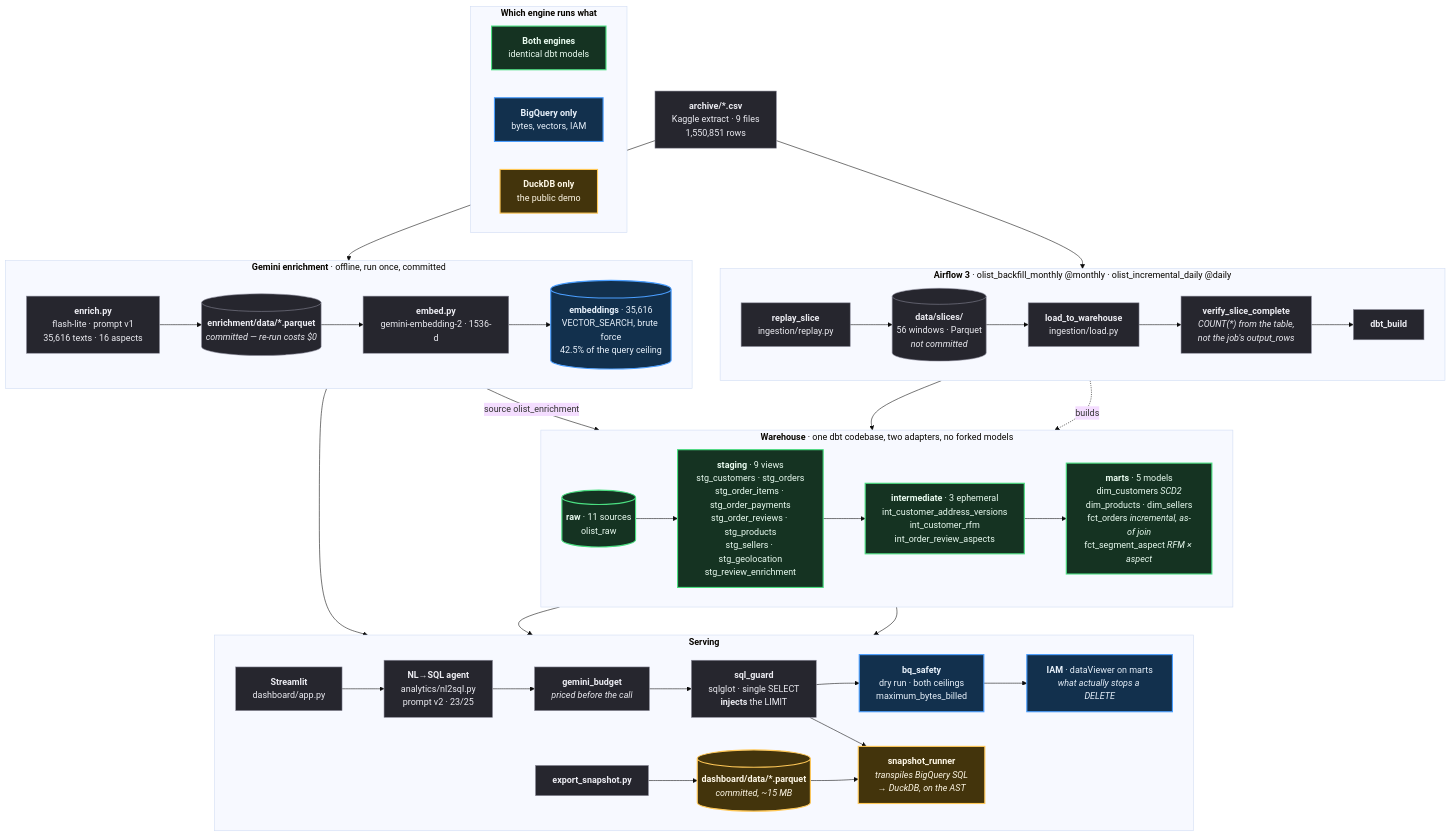
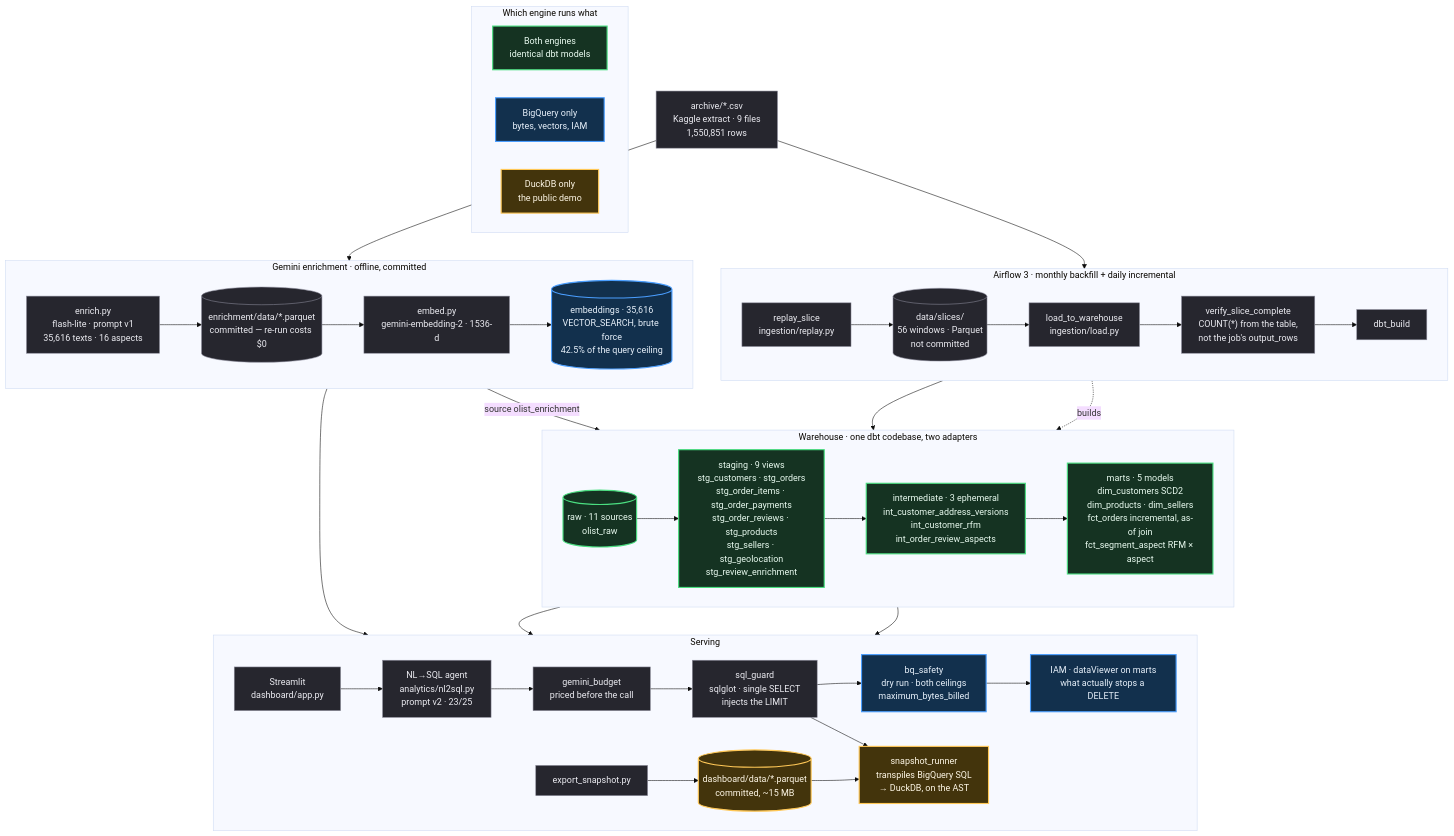
The diagram in docs/architecture.mmd (sardorbek-suyunov/olist-customer-intelligence), drawn with Mermaid (base theme) before and after one commit. The commit also changed 2 other files, not shown here.

```diff
--- a/docs/architecture.mmd
+++ b/docs/architecture.mmd
@@ -1,102 +1,102 @@
 %% Olist Customer Intelligence -- architecture.
 
 %% THIS FILE IS THE SOURCE OF TRUTH FOR THE DIAGRAM.
 
 %% docs/img/architecture.svg is RENDERED from it by `make diagram`. If the two
 %% disagree, this one is right and the image is stale -- change this file first.
 
 %% Every dbt model and dataset named below is asserted to exist in the dbt
 %% manifest by analytics/tests/test_architecture_diagram.py, which runs in CI.
 %% A model renamed or dropped fails the build rather than leaving a picture
 %% quietly describing a pipeline that no longer exists. That check, and the fact
 %% that the image is generated from this file rather than drawn beside it, are
 %% the only reasons an image artifact is allowed in this repository.
 
 %% Detail belongs in the README, not in a node label. A diagram that tries to
 %% state every figure becomes a tall column of paragraphs nobody reads, which is
 %% what the first version of this was.
 
 %% NOTE: a line that is exactly "%%" breaks mermaid's comment stripper -- it eats
 %% the newline and glues the next line onto the marker. Leave blank lines blank.
 
 flowchart TB
 
-  CSV["<b>archive/*.csv</b><br/>Kaggle extract · 9 files<br/>1,550,851 rows"]
+  CSV["archive/*.csv<br/>Kaggle extract · 9 files<br/>1,550,851 rows"]
 
-  subgraph AF["<b>Airflow 3</b> · olist_backfill_monthly @monthly · olist_incremental_daily @daily"]
+  subgraph AF["Airflow 3 · monthly backfill + daily incremental"]
     direction LR
-    REPLAY["<b>replay_slice</b><br/>ingestion/replay.py"]
-    SLICES[("<b>data/slices/</b><br/>56 windows · Parquet<br/><i>not committed</i>")]
-    LOAD["<b>load_to_warehouse</b><br/>ingestion/load.py"]
-    VERIFY["<b>verify_slice_complete</b><br/><i>COUNT(*) from the table,<br/>not the job's output_rows</i>"]
-    DBTRUN["<b>dbt_build</b>"]
+    REPLAY["replay_slice<br/>ingestion/replay.py"]
+    SLICES[("data/slices/<br/>56 windows · Parquet<br/>not committed")]
+    LOAD["load_to_warehouse<br/>ingestion/load.py"]
+    VERIFY["verify_slice_complete<br/>COUNT(*) from the table,<br/>not the job's output_rows"]
+    DBTRUN["dbt_build"]
 
     REPLAY --> SLICES --> LOAD --> VERIFY --> DBTRUN
   end
 
-  subgraph WH["<b>Warehouse</b> · one dbt codebase, two adapters, no forked models"]
+  subgraph WH["Warehouse · one dbt codebase, two adapters"]
     direction LR
-    RAW[("<b>raw</b> · 11 sources<br/>olist_raw")]
-    STG["<b>staging</b> · 9 views<br/>stg_customers · stg_orders<br/>stg_order_items · stg_order_payments<br/>stg_order_reviews · stg_products<br/>stg_sellers · stg_geolocation<br/>stg_review_enrichment"]
-    INT["<b>intermediate</b> · 3 ephemeral<br/>int_customer_address_versions<br/>int_customer_rfm<br/>int_order_review_aspects"]
-    MARTS["<b>marts</b> · 5 models<br/>dim_customers <i>SCD2</i><br/>dim_products · dim_sellers<br/>fct_orders <i>incremental, as-of join</i><br/>fct_segment_aspect <i>RFM × aspect</i>"]
+    RAW[("raw · 11 sources<br/>olist_raw")]
+    STG["staging · 9 views<br/>stg_customers · stg_orders<br/>stg_order_items · stg_order_payments<br/>stg_order_reviews · stg_products<br/>stg_sellers · stg_geolocation<br/>stg_review_enrichment"]
+    INT["intermediate · 3 ephemeral<br/>int_customer_address_versions<br/>int_customer_rfm<br/>int_order_review_aspects"]
+    MARTS["marts · 5 models<br/>dim_customers SCD2<br/>dim_products · dim_sellers<br/>fct_orders incremental, as-of join<br/>fct_segment_aspect RFM × aspect"]
 
     RAW --> STG --> INT --> MARTS
   end
 
-  subgraph ENR["<b>Gemini enrichment</b> · offline, run once, committed"]
+  subgraph ENR["Gemini enrichment · offline, committed"]
     direction LR
-    LABEL["<b>enrich.py</b><br/>flash-lite · prompt v1<br/>35,616 texts · 16 aspects"]
-    LABELS[("<b>enrichment/data/*.parquet</b><br/><i>committed — re-run costs $0</i>")]
-    EMBED["<b>embed.py</b><br/>gemini-embedding-2 · 1536-d"]
-    VEC[("<b>embeddings</b> · 35,616<br/>VECTOR_SEARCH, brute force<br/>42.5% of the query ceiling")]
+    LABEL["enrich.py<br/>flash-lite · prompt v1<br/>35,616 texts · 16 aspects"]
+    LABELS[("enrichment/data/*.parquet<br/>committed — re-run costs $0")]
+    EMBED["embed.py<br/>gemini-embedding-2 · 1536-d"]
+    VEC[("embeddings · 35,616<br/>VECTOR_SEARCH, brute force<br/>42.5% of the query ceiling")]
 
     LABEL --> LABELS --> EMBED --> VEC
   end
 
-  subgraph SERVE["<b>Serving</b>"]
+  subgraph SERVE["Serving"]
     direction LR
-    SNAP["<b>export_snapshot.py</b>"]
-    PARQ[("<b>dashboard/data/*.parquet</b><br/><i>committed, ~15 MB</i>")]
-    APP["<b>Streamlit</b><br/>dashboard/app.py"]
-    AGENT["<b>NL→SQL agent</b><br/>analytics/nl2sql.py<br/>prompt v2 · 23/25"]
-    BUDGET["<b>gemini_budget</b><br/><i>priced before the call</i>"]
-    GUARD["<b>sql_guard</b><br/>sqlglot · single SELECT<br/><b>injects</b> the LIMIT"]
-    SAFE["<b>bq_safety</b><br/>dry run · both ceilings<br/>maximum_bytes_billed"]
-    TRANS["<b>snapshot_runner</b><br/><i>transpiles BigQuery SQL<br/>→ DuckDB, on the AST</i>"]
-    IAM["<b>IAM</b> · dataViewer on marts<br/><i>what actually stops a DELETE</i>"]
+    SNAP["export_snapshot.py"]
+    PARQ[("dashboard/data/*.parquet<br/>committed, ~15 MB")]
+    APP["Streamlit<br/>dashboard/app.py"]
+    AGENT["NL→SQL agent<br/>analytics/nl2sql.py<br/>prompt v2 · 23/25"]
+    BUDGET["gemini_budget<br/>priced before the call"]
+    GUARD["sql_guard<br/>sqlglot · single SELECT<br/>injects the LIMIT"]
+    SAFE["bq_safety<br/>dry run · both ceilings<br/>maximum_bytes_billed"]
+    TRANS["snapshot_runner<br/>transpiles BigQuery SQL<br/>→ DuckDB, on the AST"]
+    IAM["IAM · dataViewer on marts<br/>what actually stops a DELETE"]
 
     APP --> AGENT --> BUDGET --> GUARD
     GUARD --> SAFE --> IAM
     GUARD --> TRANS
   end
 
   CSV --> REPLAY
   LOAD --> RAW
   DBTRUN -.->|builds| RAW
   LABELS -->|"source olist_enrichment"| STG
   MARTS --> SNAP --> PARQ --> TRANS
   CSV --> LABEL
   MARTS --> SAFE
   VEC --> SAFE
 
   classDef bq      fill:#12304d,stroke:#4a9eff,stroke-width:2px,color:#e8f1fb
   classDef duck    fill:#43340c,stroke:#ffc857,stroke-width:2px,color:#fff8e7
   classDef both    fill:#153322,stroke:#4ade80,stroke-width:2px,color:#e9fbf0
   classDef neutral fill:#26262e,stroke:#8b8b9a,stroke-width:1px,color:#ececf2
 
   class RAW,STG,INT,MARTS both
   class VEC,SAFE,IAM bq
   class PARQ,TRANS duck
   class CSV,REPLAY,SLICES,LOAD,VERIFY,DBTRUN,LABEL,LABELS,EMBED,SNAP,APP,AGENT,GUARD,BUDGET neutral
 
-  subgraph KEY["<b>Which engine runs what</b>"]
+  subgraph KEY["Which engine runs what"]
     direction LR
-    K1["<b>Both engines</b><br/>identical dbt models"]
-    K2["<b>BigQuery only</b><br/>bytes, vectors, IAM"]
-    K3["<b>DuckDB only</b><br/>the public demo"]
+    K1["Both engines<br/>identical dbt models"]
+    K2["BigQuery only<br/>bytes, vectors, IAM"]
+    K3["DuckDB only<br/>the public demo"]
   end
 
   class K1 both
   class K2 bq
   class K3 duck
```
